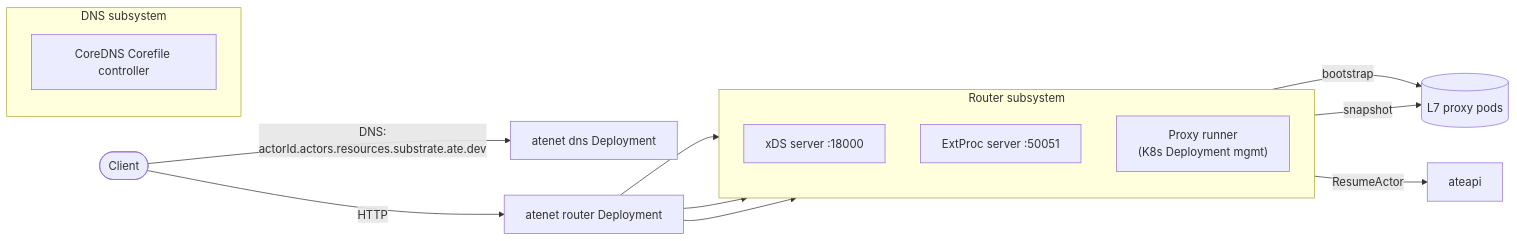
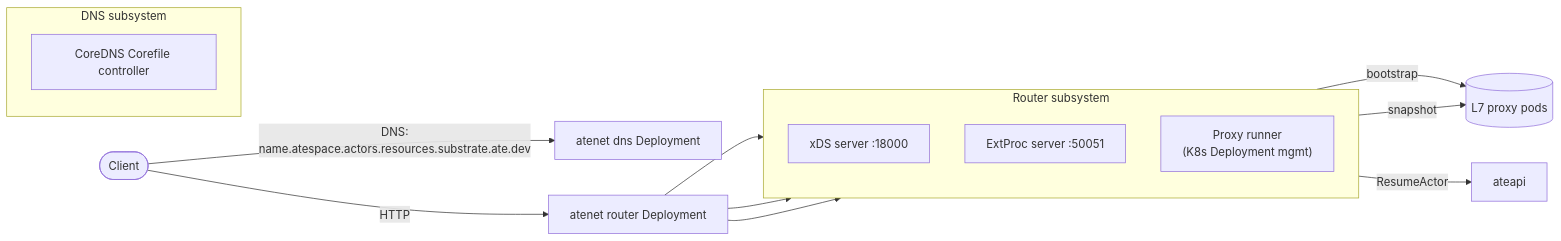
Before and after one commit to christian-posta/substrate: the diagram in atlas/src/content/docs/components/atenet.mdx, drawn with Mermaid. The commit also changed other lines of this file and 28 other files, not shown here.

````diff
--- a/atlas/src/content/docs/components/atenet.mdx
+++ b/atlas/src/content/docs/components/atenet.mdx
@@ -14,25 +15,25 @@
 ```mermaid
 flowchart LR
-  Client([Client]) -- "DNS:<br/>actorId.actors.resources.substrate.ate.dev" --> DNS[atenet dns Deployment]
+  Client([Client]) -- "DNS:<br/>name.atespace.actors.resources.substrate.ate.dev" --> DNS[atenet dns Deployment]
   Client -- "HTTP" --> ROUTER[atenet router Deployment]
 
   subgraph ROUTER_internals["Router subsystem"]
     direction TB
     XDS["xDS server :18000"]
     EXT["ExtProc server :50051"]
     ENVR["Proxy runner<br/>(K8s Deployment mgmt)"]
   end
 
   subgraph DNS_internals["DNS subsystem"]
     DNSCTL[CoreDNS Corefile controller]
   end
 
   ROUTER --> XDS
   ROUTER --> EXT
   ROUTER --> ENVR
   ENVR -- bootstrap --> ENVOY[(L7 proxy pods)]
   XDS -- snapshot --> ENVOY
   EXT -- ResumeActor --> API[ateapi]
 
   click API "/components/ateapi/" "ateapi"
 ```
````
